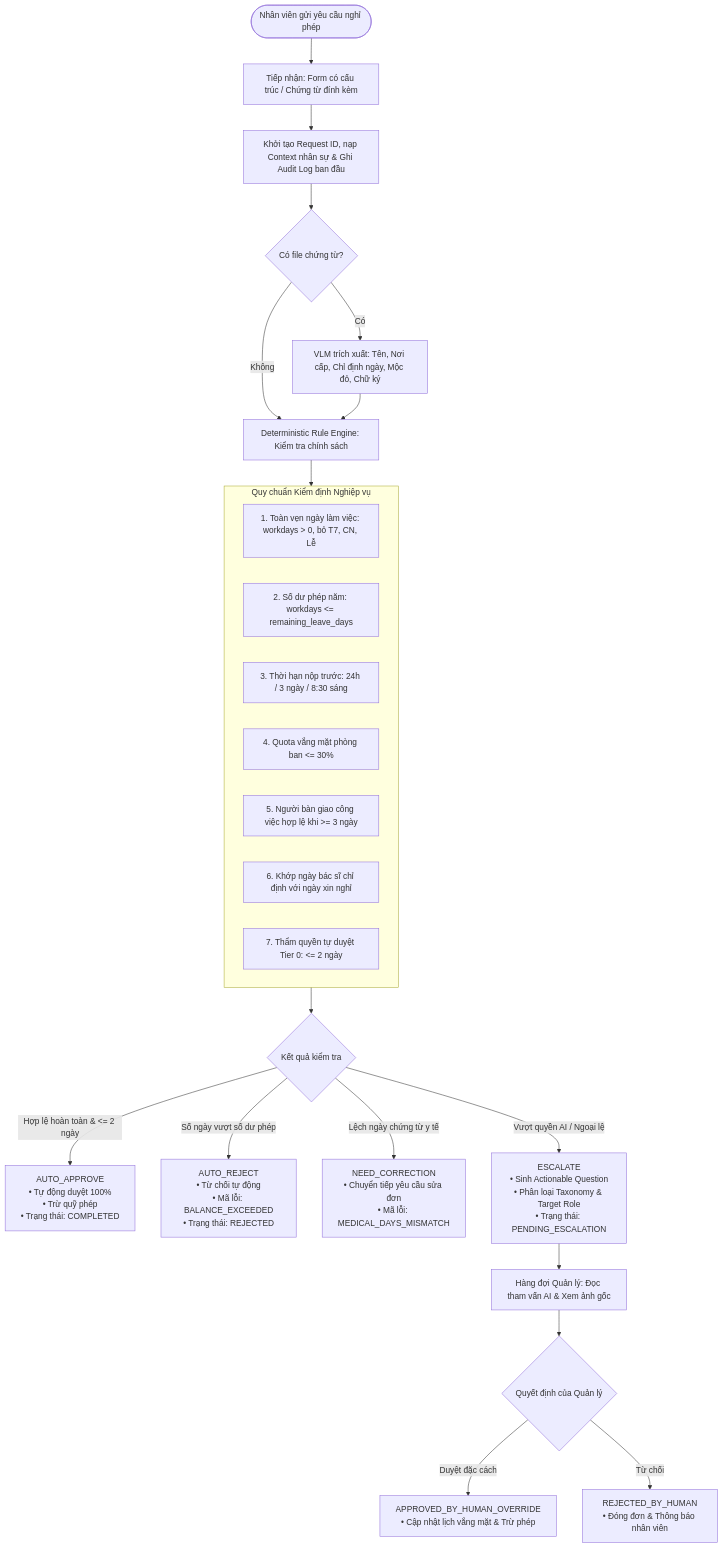
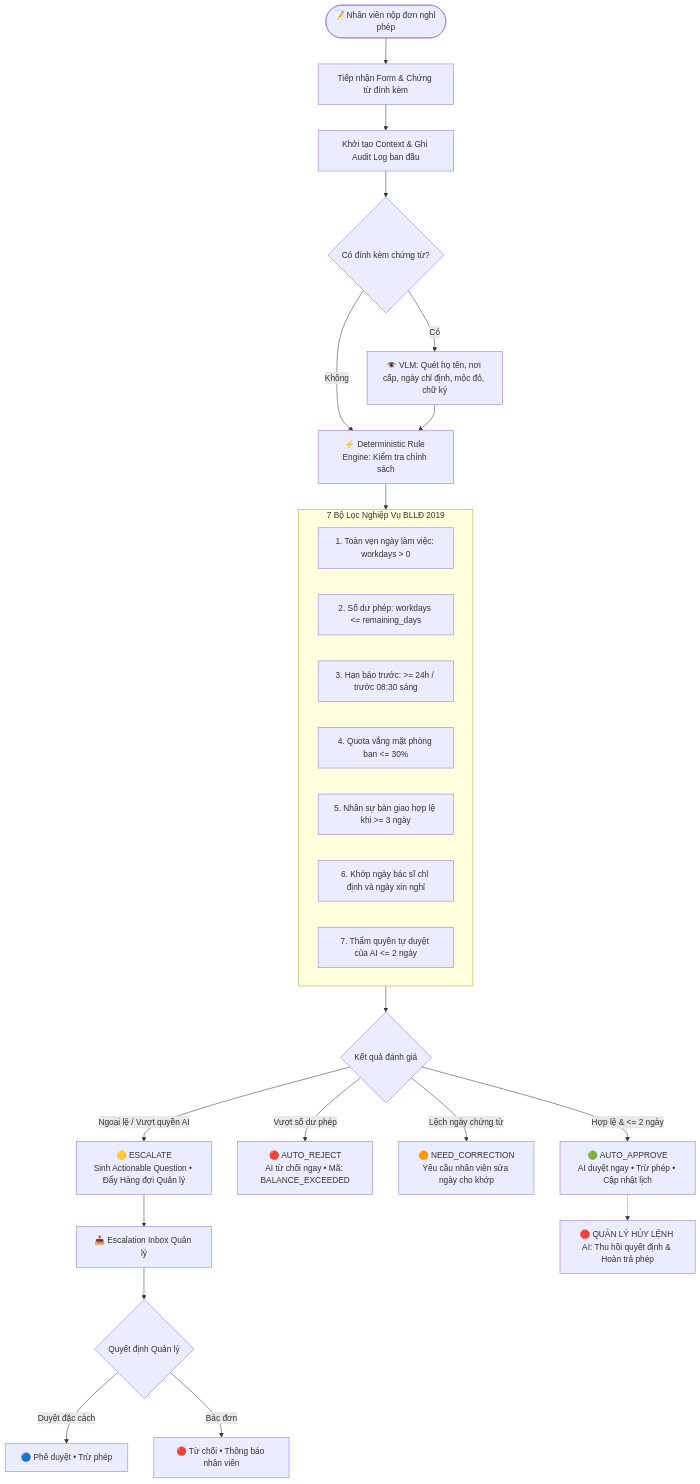
One commit to duonganhkiet2007/MLAI-PNKK-Leave-Management-System changed the diagram in README.md. Above: the diagram before and after it, drawn with Mermaid. The commit also changed other lines of this file, not shown here.

````diff
--- a/README.md
+++ b/README.md
@@ -78,33 +35,35 @@
 ```mermaid
 flowchart TD
-    Start([Nhân viên gửi yêu cầu nghỉ phép]) --> Ingest[Tiếp nhận: Form có cấu trúc / Chứng từ đính kèm]
-    Ingest --> InitContext[Khởi tạo Request ID, nạp Context nhân sự & Ghi Audit Log ban đầu]
+    Start([📝 Nhân viên nộp đơn nghỉ phép]) --> Ingest[Tiếp nhận Form & Chứng từ đính kèm]
+    Ingest --> InitContext[Khởi tạo Context & Ghi Audit Log ban đầu]
     
-    InitContext --> VLM_Scan{Có file chứng từ?}
-    VLM_Scan -- Có --> VLM_Engine[VLM trích xuất: Tên, Nơi cấp, Chỉ định ngày, Mộc đỏ, Chữ ký]
-    VLM_Scan -- Không --> Rule_Engine[Deterministic Rule Engine: Kiểm tra chính sách]
+    InitContext --> VLM_Scan{Có đính kèm chứng từ?}
+    VLM_Scan -- Có --> VLM_Engine[👁️ VLM: Quét họ tên, nơi cấp, ngày chỉ định, mộc đỏ, chữ ký]
+    VLM_Scan -- Không --> Rule_Engine[⚡ Deterministic Rule Engine: Kiểm tra chính sách]
     VLM_Engine --> Rule_Engine
     
-    subgraph Rule_Check [Quy chuẩn Kiểm định Nghiệp vụ]
-        R1[1. Toàn vẹn ngày làm việc: workdays > 0, bỏ T7, CN, Lễ]
-        R2[2. Số dư phép năm: workdays <= remaining_leave_days]
-        R3[3. Thời hạn nộp trước: 24h / 3 ngày / 8:30 sáng]
+    subgraph Rule_Check [7 Bộ Lọc Nghiệp Vụ BLLĐ 2019]
+        R1[1. Toàn vẹn ngày làm việc: workdays > 0]
+        R2[2. Số dư phép: workdays <= remaining_days]
+        R3[3. Hạn báo trước: >= 24h / trước 08:30 sáng]
         R4[4. Quota vắng mặt phòng ban <= 30%]
-        R5[5. Người bàn giao công việc hợp lệ khi >= 3 ngày]
-        R6[6. Khớp ngày bác sĩ chỉ định với ngày xin nghỉ]
-        R7[7. Thẩm quyền tự duyệt Tier 0: <= 2 ngày]
+        R5[5. Nhân sự bàn giao hợp lệ khi >= 3 ngày]
+        R6[6. Khớp ngày bác sĩ chỉ định và ngày xin nghỉ]
+        R7[7. Thẩm quyền tự duyệt của AI <= 2 ngày]
     end
     
     Rule_Engine --> Rule_Check
-    Rule_Check --> Decision_Branch{Kết quả kiểm tra}
+    Rule_Check --> Decision_Branch{Kết quả đánh giá}
     
-    Decision_Branch -- Hợp lệ hoàn toàn & <= 2 ngày --> D_Auto[AUTO_APPROVE\n• Tự động duyệt 100%\n• Trừ quỹ phép\n• Trạng thái: COMPLETED]
-    Decision_Branch -- Số ngày vượt số dư phép --> D_Reject[AUTO_REJECT\n• Từ chối tự động\n• Mã lỗi: BALANCE_EXCEEDED\n• Trạng thái: REJECTED]
-    Decision_Branch -- Lệch ngày chứng từ y tế --> D_Correction[NEED_CORRECTION\n• Chuyển tiếp yêu cầu sửa đơn\n• Mã lỗi: MEDICAL_DAYS_MISMATCH]
-    Decision_Branch -- Vượt quyền AI / Ngoại lệ --> D_Escalate[ESCALATE\n• Sinh Actionable Question\n• Phân loại Taxonomy & Target Role\n• Trạng thái: PENDING_ESCALATION]
+    Decision_Branch -- Hợp lệ & <= 2 ngày --> D_Auto[🟢 AUTO_APPROVE\nAI duyệt ngay • Trừ phép • Cập nhật lịch]
+    Decision_Branch -- Vượt số dư phép --> D_Reject[🔴 AUTO_REJECT\nAI từ chối ngay • Mã: BALANCE_EXCEEDED]
+    Decision_Branch -- Lệch ngày chứng từ --> D_Correction[🟠 NEED_CORRECTION\nYêu cầu nhân viên sửa ngày cho khớp]
+    Decision_Branch -- Ngoại lệ / Vượt quyền AI --> D_Escalate[🟡 ESCALATE\nSinh Actionable Question • Đẩy Hàng đợi Quản lý]
     
-    D_Escalate --> Human_Inbox[Hàng đợi Quản lý: Đọc tham vấn AI & Xem ảnh gốc]
-    Human_Inbox --> Human_Action{Quyết định của Quản lý}
-    Human_Action -- Duyệt đặc cách --> H_Approve[APPROVED_BY_HUMAN_OVERRIDE\n• Cập nhật lịch vắng mặt & Trừ phép]
-    Human_Action -- Từ chối --> H_Reject[REJECTED_BY_HUMAN\n• Đóng đơn & Thông báo nhân viên]
+    D_Escalate --> Human_Inbox[📥 Escalation Inbox Quản lý]
+    Human_Inbox --> Human_Action{Quyết định Quản lý}
+    Human_Action -- Duyệt đặc cách --> H_Approve[🔵 Phê duyệt • Trừ phép]
+    Human_Action -- Bác đơn --> H_Reject[🔴 Từ chối • Thông báo nhân viên]
+    
+    D_Auto -.-> Override[🛑 QUẢN LÝ HỦY LỆNH AI: Thu hồi quyết định & Hoàn trả phép]
 ```
````
